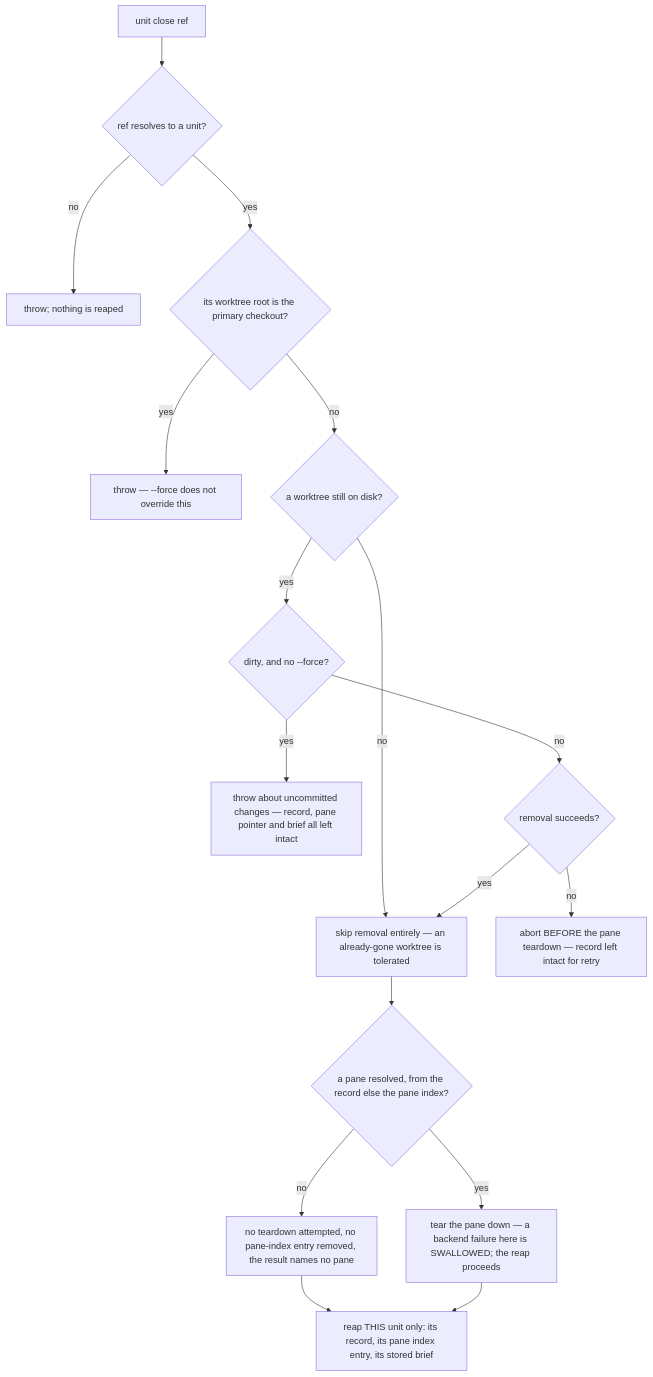
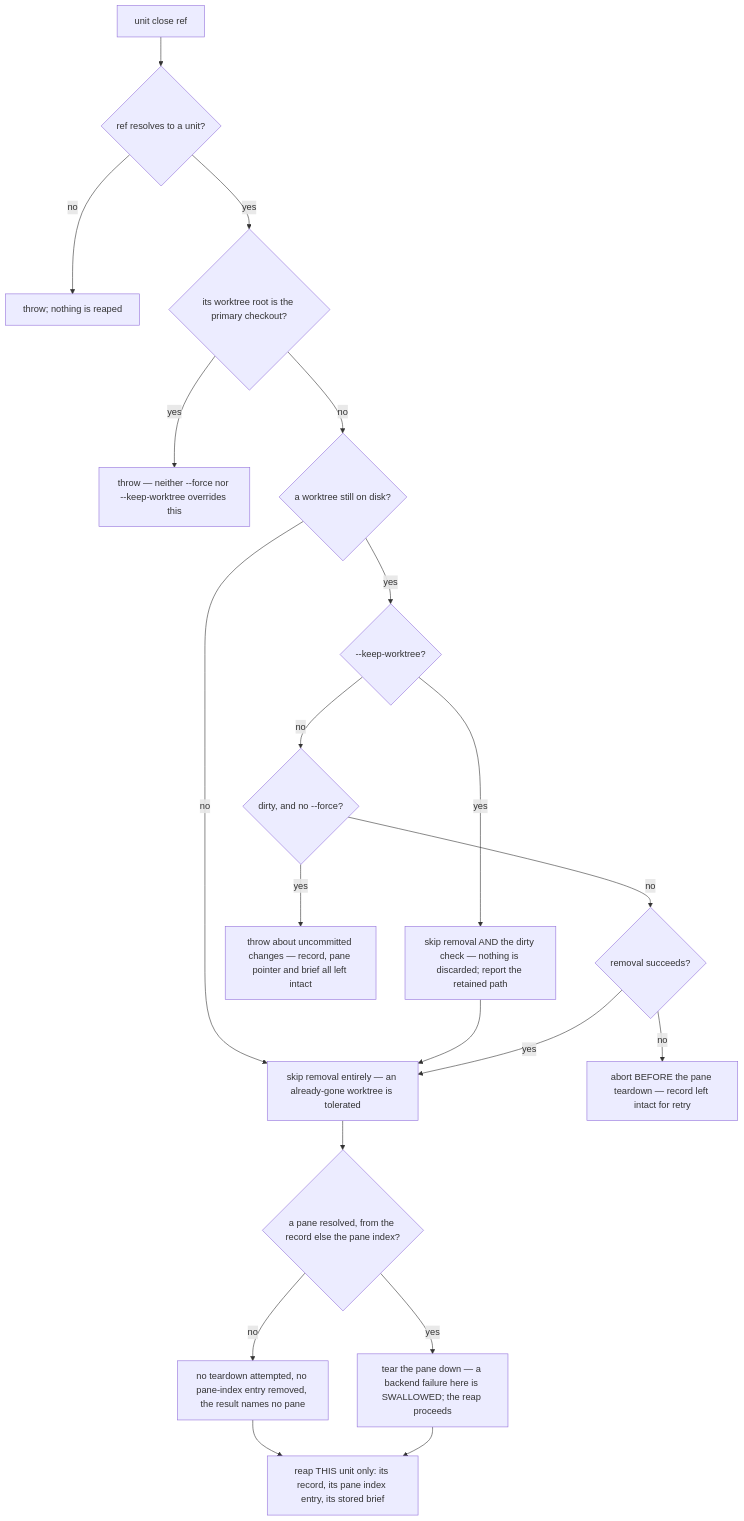
Before and after one commit to cyberuni/cyberlegion: the fourth of 5 diagrams in packages/cyberlegion/.agents/spec/unit/lifecycle/README.md, drawn with Mermaid. The commit also changed other lines of this file and 7 other files, not shown here.

````diff
--- a/packages/cyberlegion/.agents/spec/unit/lifecycle/README.md
+++ b/packages/cyberlegion/.agents/spec/unit/lifecycle/README.md
@@ -399,19 +412,22 @@
 ```mermaid
 graph TD
   CL0["unit close ref"] --> CL1{"ref resolves to a unit?"}
   CL1 -- no --> CL1X["throw; nothing is reaped"]
   CL1 -- yes --> CL2{"its worktree root is the primary checkout?"}
-  CL2 -- yes --> CL2X["throw — --force does not override this"]
+  CL2 -- yes --> CL2X["throw — neither --force nor --keep-worktree overrides this"]
   CL2 -- no --> CL3{"a worktree still on disk?"}
   CL3 -- no --> CL6["skip removal entirely — an already-gone worktree is tolerated"]
-  CL3 -- yes --> CL4{"dirty, and no --force?"}
+  CL3 -- yes --> CLK{"--keep-worktree?"}
+  CLK -- yes --> CLK1["skip removal AND the dirty check — nothing is discarded; report the retained path"]
+  CLK1 --> CL6
+  CLK -- no --> CL4{"dirty, and no --force?"}
   CL4 -- yes --> CL4X["throw about uncommitted changes — record, pane pointer and brief all left intact"]
   CL4 -- no --> CL5{"removal succeeds?"}
   CL5 -- no --> CL5X["abort BEFORE the pane teardown — record left intact for retry"]
   CL5 -- yes --> CL6
   CL6 --> CL7{"a pane resolved, from the record else the pane index?"}
   CL7 -- no --> CL8["no teardown attempted, no pane-index entry removed, the result names no pane"]
   CL7 -- yes --> CL9["tear the pane down — a backend failure here is SWALLOWED; the reap proceeds"]
   CL8 --> CL10
   CL9 --> CL10["reap THIS unit only: its record, its pane index entry, its stored brief"]
 ```
````
